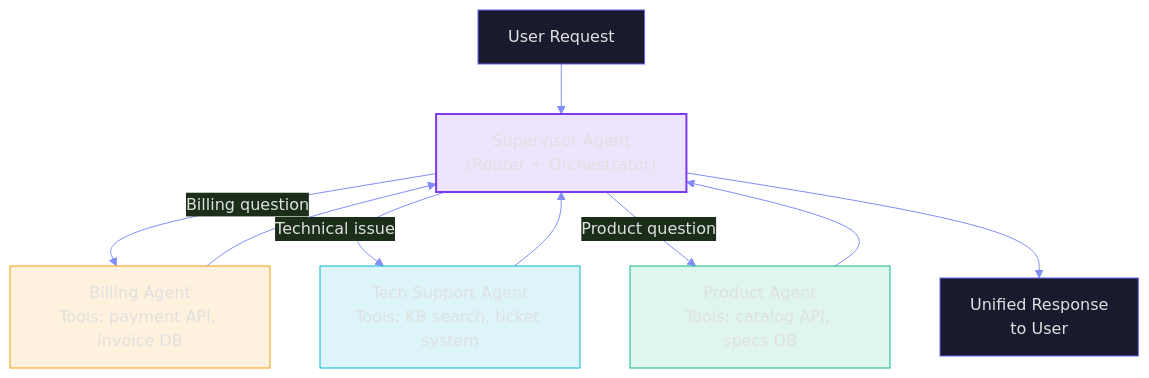
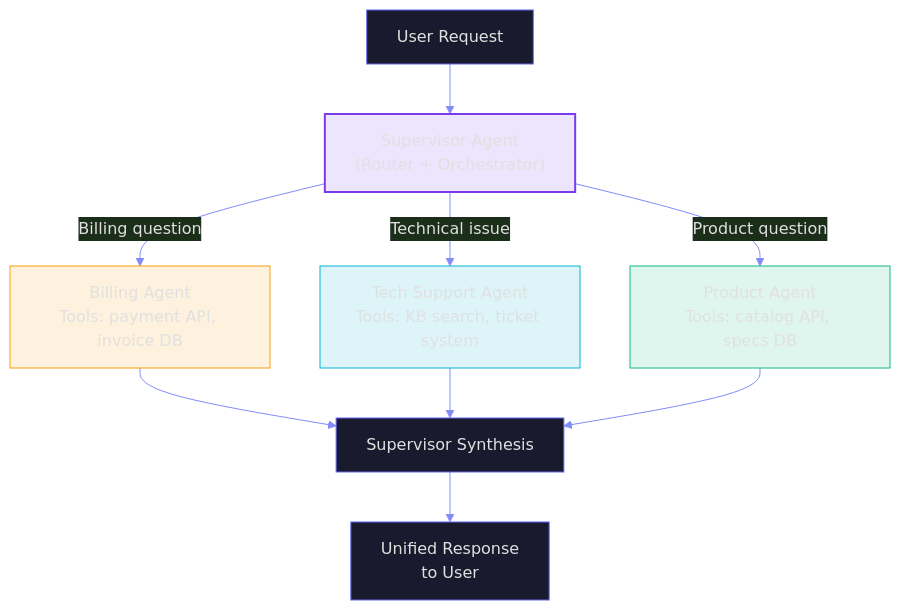
Before and after one commit to frootai/frootai: the seventh of 9 diagrams in docs/T3-Production-Patterns.md, drawn with Mermaid. The commit also changed other lines of this file and 15 other files, not shown here.

Commit message:
docs: harden learning module diagrams

````diff
--- a/docs/T3-Production-Patterns.md
+++ b/docs/T3-Production-Patterns.md
@@ -361,20 +373,20 @@
 ```mermaid
 %%{init: {'theme': 'base', 'themeVariables': {'primaryColor': '#1a1a2e', 'primaryTextColor': '#e0e0e0', 'primaryBorderColor': '#6366f1', 'lineColor': '#818cf8', 'background': 'transparent'}}}%%
 graph TB
     USER["User Request"] --> SUPERVISOR["Supervisor Agent<br/>(Router + Orchestrator)"]
     
     SUPERVISOR -->|"Billing question"| BILLING["Billing Agent<br/>Tools: payment API, invoice DB"]
     SUPERVISOR -->|"Technical issue"| TECH["Tech Support Agent<br/>Tools: KB search, ticket system"]
     SUPERVISOR -->|"Product question"| PRODUCT["Product Agent<br/>Tools: catalog API, specs DB"]
     
-    BILLING --> SUPERVISOR
-    TECH --> SUPERVISOR
-    PRODUCT --> SUPERVISOR
-    
-    SUPERVISOR --> RESPONSE["Unified Response<br/>to User"]
+    BILLING --> SYNTHESIS["Supervisor Synthesis"]
+    TECH --> SYNTHESIS
+    PRODUCT --> SYNTHESIS
+
+    SYNTHESIS --> RESPONSE["Unified Response<br/>to User"]
     
     style SUPERVISOR fill:#7c3aed22,stroke:#7c3aed,stroke-width:2px
     style BILLING fill:#f59e0b22,stroke:#f59e0b
     style TECH fill:#06b6d422,stroke:#06b6d4
     style PRODUCT fill:#10b98122,stroke:#10b981
 ```
````
